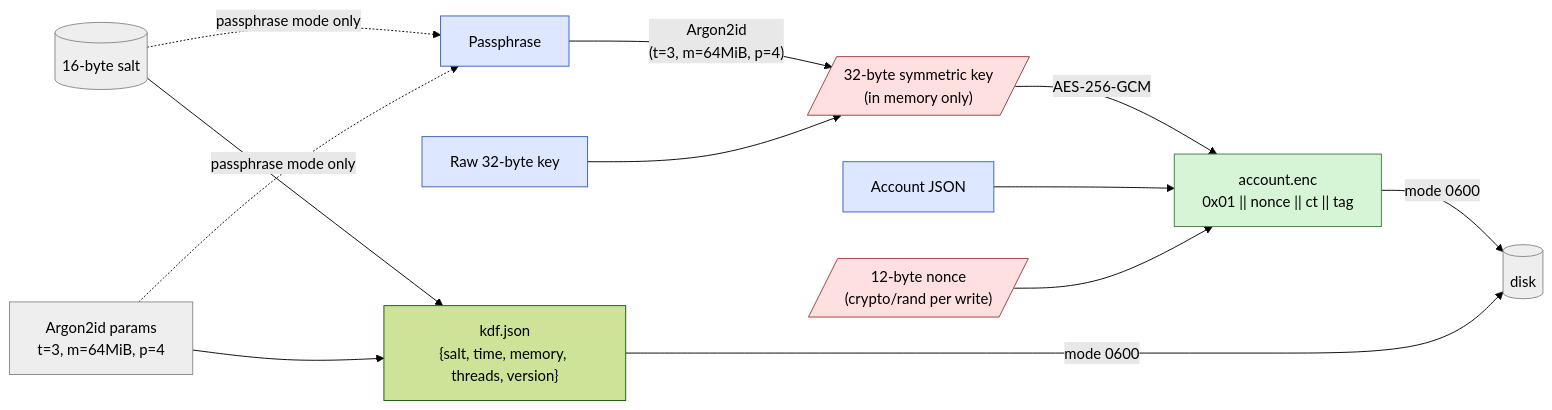
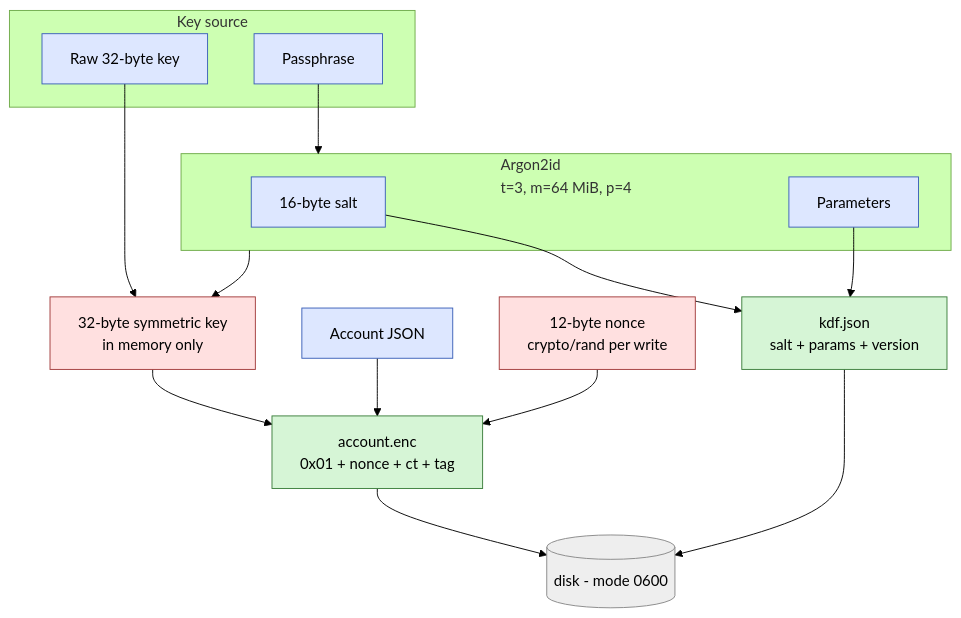
One commit to thehappydinoa/signal-go changed the diagram in docs/diagrams/encrypted-store.md. Above: the diagram before and after it, drawn with Mermaid (forest theme). The commit also changed other lines of this file and 5 other files, not shown here.

First line of the commit message:
docs: rewrite Mermaid diagrams with conservative, GitHub-safe syntax

````diff
--- a/docs/diagrams/encrypted-store.md
+++ b/docs/diagrams/encrypted-store.md
@@ -8,33 +8,42 @@
 ```mermaid
-flowchart LR
-    classDef in fill:#dde7ff,stroke:#3a5fb8,color:#000
-    classDef sec fill:#ffe0e0,stroke:#a13a3a,color:#000
-    classDef out fill:#d6f5d6,stroke:#3a7d3a,color:#000
-    classDef fs fill:#eee,stroke:#888,color:#000
+flowchart TB
+    subgraph inputs [Key source]
+        pp[Passphrase]
+        rk[Raw 32-byte key]
+    end
 
-    pp[Passphrase]:::in
-    rk[Raw 32-byte key]:::in
-    salt[(16-byte salt)]:::fs
-    params[Argon2id params<br/>t=3, m=64MiB, p=4]:::fs
+    subgraph kdf [Argon2id<br/>t=3, m=64 MiB, p=4]
+        salt[16-byte salt]
+        params[Parameters]
+    end
 
-    pp -->|"Argon2id<br/>(t=3, m=64MiB, p=4)"| key
+    key[32-byte symmetric key<br/>in memory only]
+    json[Account JSON]
+    nonce[12-byte nonce<br/>crypto/rand per write]
+    sealed["account.enc<br/>0x01 + nonce + ct + tag"]
+    kdfjson[kdf.json<br/>salt + params + version]
+    disk[(disk - mode 0600)]
+
+    pp --> kdf
+    kdf --> key
     rk --> key
 
-    key[/"32-byte symmetric key<br/>(in memory only)"/]:::sec
-    json[Account JSON]:::in
-    nonce[/"12-byte nonce<br/>(crypto/rand per write)"/]:::sec
-
-    key -->|AES-256-GCM| sealed
+    key --> sealed
     json --> sealed
     nonce --> sealed
 
-    sealed["account.enc<br/>0x01 || nonce || ct || tag"]:::out
+    salt --> kdfjson
+    params --> kdfjson
 
-    salt -. "passphrase mode only" .-> pp
-    params -. "passphrase mode only" .-> pp
+    sealed --> disk
+    kdfjson --> disk
 
-    sealed -->|mode 0600| disk[(disk)]:::fs
-    salt --> kdfjson["kdf.json<br/>{salt, time, memory, threads, version}"]
-    params --> kdfjson
-    kdfjson -->|mode 0600| disk
+    classDef in fill:#dde7ff,stroke:#3a5fb8,color:#000;
+    classDef sec fill:#ffe0e0,stroke:#a13a3a,color:#000;
+    classDef out fill:#d6f5d6,stroke:#3a7d3a,color:#000;
+    classDef ext fill:#eee,stroke:#888,color:#000;
+    class pp,rk,json,salt,params in;
+    class key,nonce sec;
+    class sealed,kdfjson out;
+    class disk ext;
 ```
````
